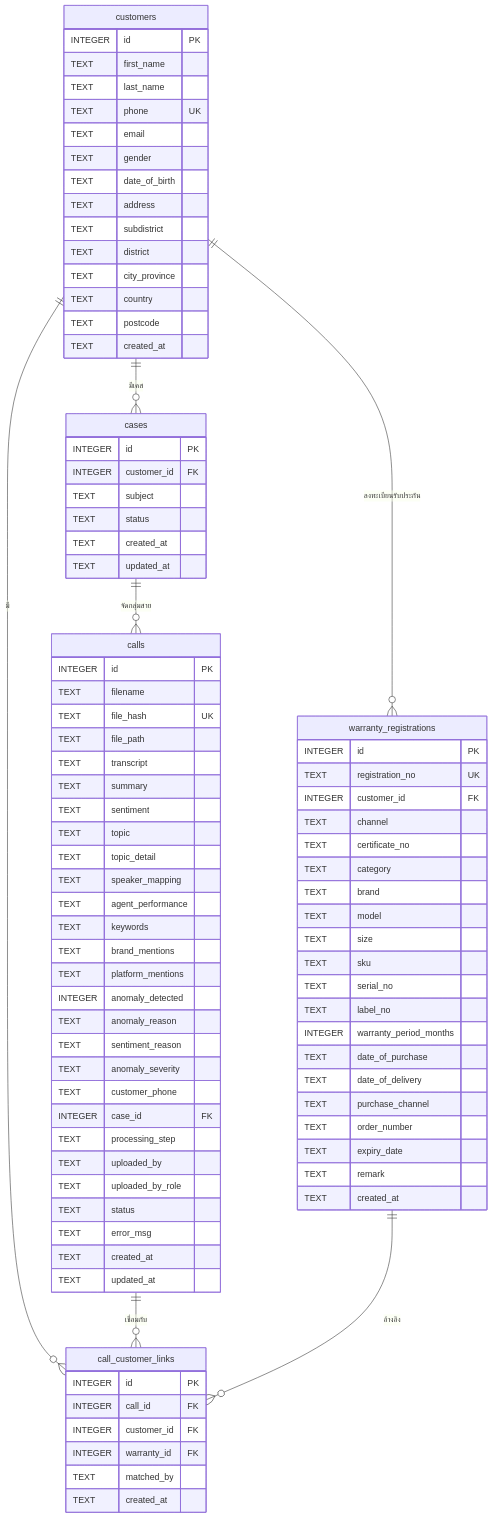
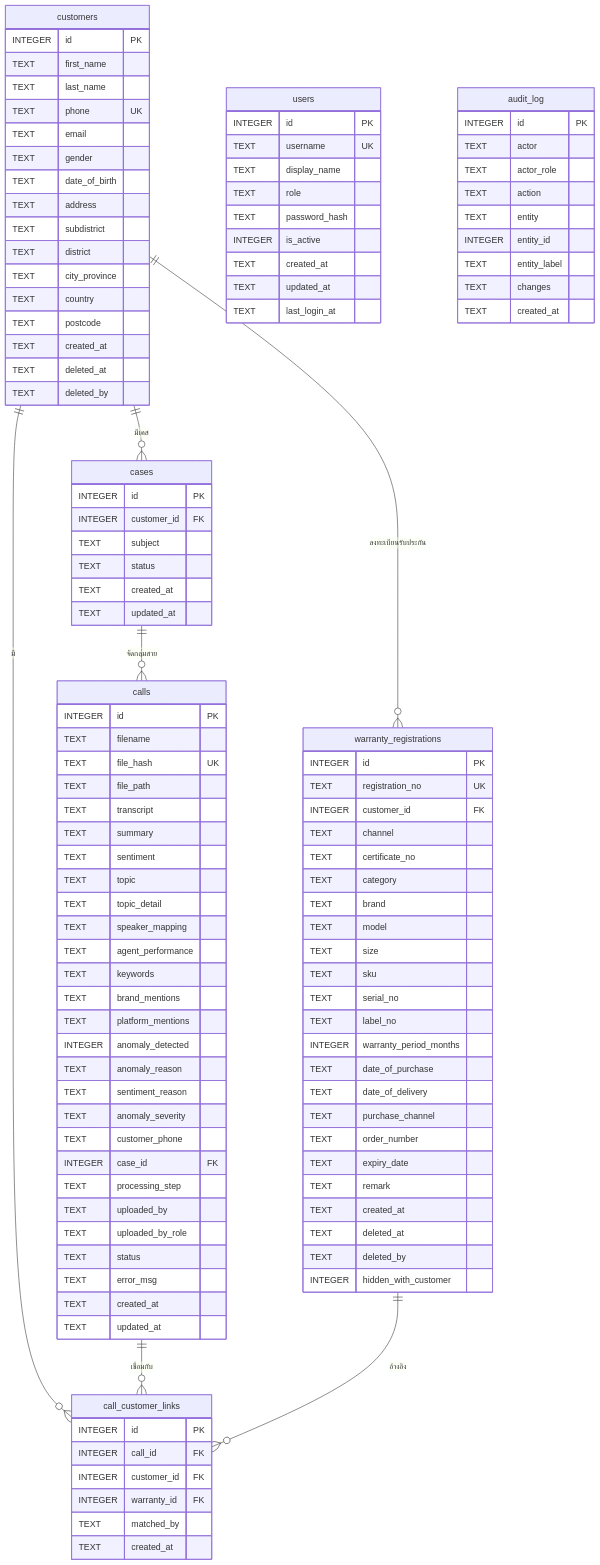
One commit to chisanuphongmadj/smartvoice changed the diagram in docs/database_design.md. Above: the diagram before and after it, drawn with Mermaid. The commit also changed other lines of this file and 9 other files, not shown here.

```diff
--- a/docs/database_design.md
+++ b/docs/database_design.md
@@ -32,6 +33,8 @@
         TEXT country
         TEXT postcode
         TEXT created_at
+        TEXT deleted_at
+        TEXT deleted_by
     }
 
     warranty_registrations {
@@ -55,6 +58,9 @@
         TEXT expiry_date
         TEXT remark
         TEXT created_at
+        TEXT deleted_at
+        TEXT deleted_by
+        INTEGER hidden_with_customer
     }
 
     calls {
@@ -105,6 +111,30 @@
         TEXT created_at
     }
 
+    users {
+        INTEGER id PK
+        TEXT username UK
+        TEXT display_name
+        TEXT role
+        TEXT password_hash
+        INTEGER is_active
+        TEXT created_at
+        TEXT updated_at
+        TEXT last_login_at
+    }
+
+    audit_log {
+        INTEGER id PK
+        TEXT actor
+        TEXT actor_role
+        TEXT action
+        TEXT entity
+        INTEGER entity_id
+        TEXT entity_label
+        TEXT changes
+        TEXT created_at
+    }
+
     customers ||--o{ warranty_registrations : "ลงทะเบียนรับประกัน"
     customers ||--o{ call_customer_links : "มี"
     customers ||--o{ cases : "มีเคส"
```
